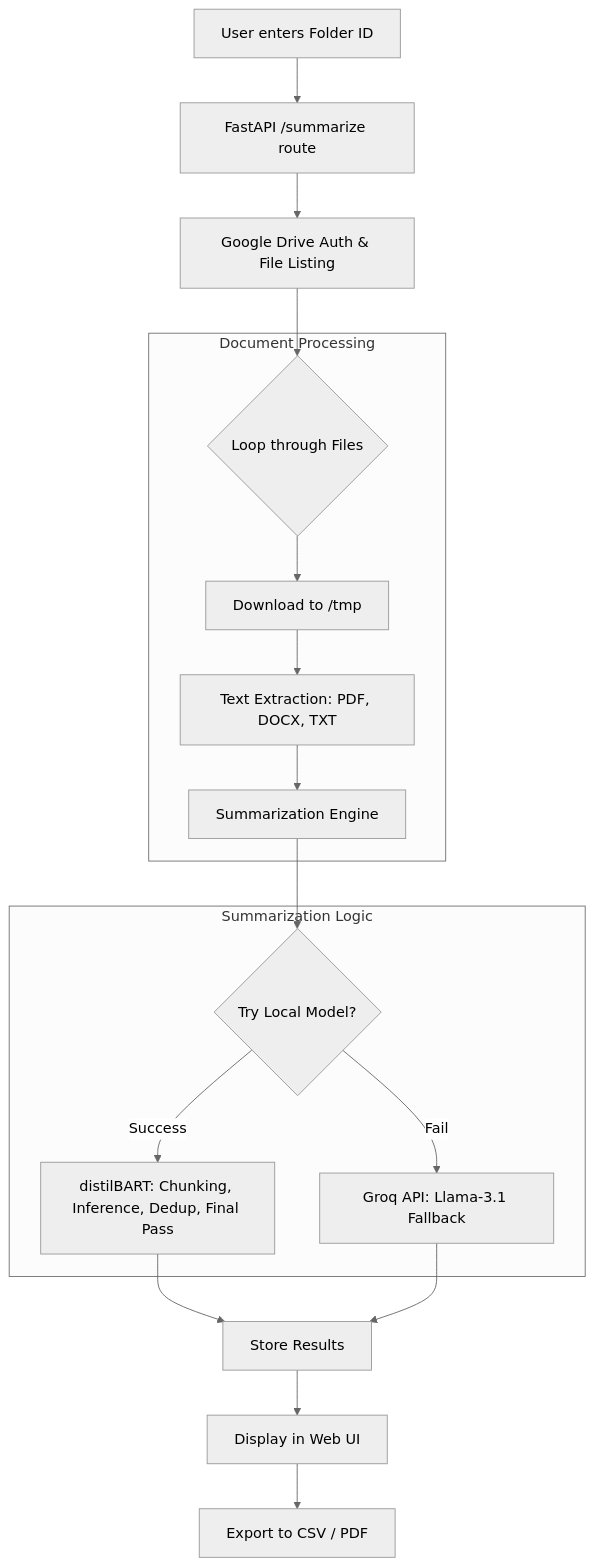
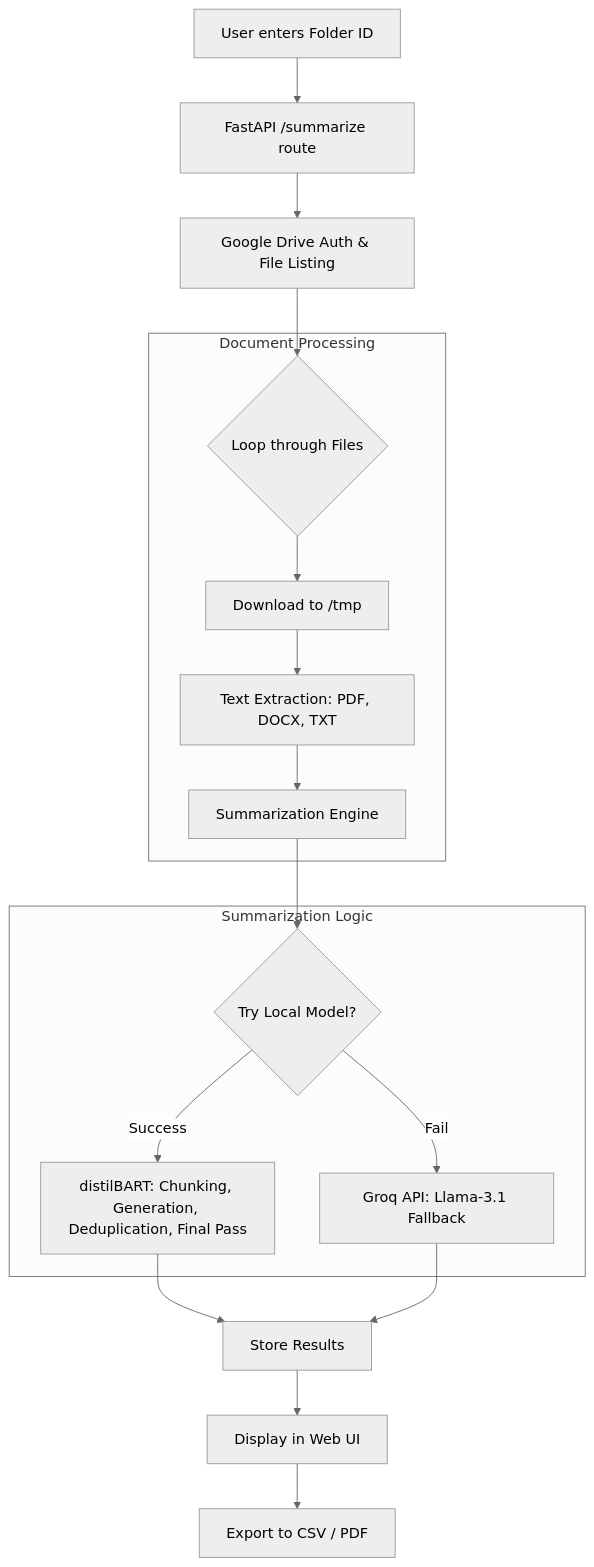
Before and after one commit to adhikaribibek481/doc-summarizer: the diagram in README.md, drawn with Mermaid (neutral theme). The commit also changed other lines of this file, not shown here.

````diff
--- a/README.md
+++ b/README.md
@@ -18,23 +18,23 @@
 ```mermaid
 graph TD
     A["User enters Folder ID"] --> B["FastAPI /summarize route"]
     B --> C["Google Drive Auth & File Listing"]
     C --> D{"Loop through Files"}
     
     subgraph "Document Processing"
     D --> E["Download to /tmp"]
     E --> F["Text Extraction: PDF, DOCX, TXT"]
     F --> G["Summarization Engine"]
     end
 
     subgraph "Summarization Logic"
     G --> H{"Try Local Model?"}
-    H -- "Success" --> I["distilBART: Chunking, Inference, Dedup, Final Pass"]
+    H -- "Success" --> I["distilBART: Chunking, Generation, Deduplication, Final Pass"]
     H -- "Fail" --> J["Groq API: Llama-3.1 Fallback"]
     end
 
     I --> K["Store Results"]
     J --> K
     K --> L["Display in Web UI"]
     L --> M["Export to CSV / PDF"]
 ```
````
